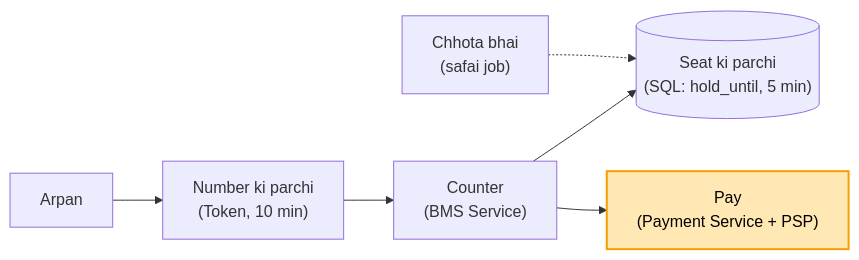
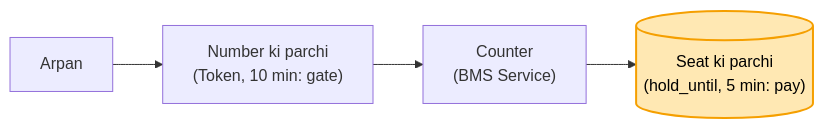
Before and after one commit to ArpanMaheshwari144/Prep: the fifth of 6 diagrams in 04_HLD/SYSTEM_DESIGNS/09_bookmyshow/09_bookmyshow.md, drawn with Mermaid. The commit also changed other lines of this file and 17 other files, not shown here.

Commit message:
HLD: 17 main files hand notes se milaye (har block alag section, kahani + asli naam, mermaid), technical naam bhi rakhe

````diff
--- a/04_HLD/SYSTEM_DESIGNS/09_bookmyshow/09_bookmyshow.md
+++ b/04_HLD/SYSTEM_DESIGNS/09_bookmyshow/09_bookmyshow.md
@@ -134,9 +122,7 @@
 ```mermaid
 flowchart LR
-    A["Arpan"] --> W["Number ki parchi<br/>(Token, 10 min)"]
+    A["Arpan"] --> W["Number ki parchi<br/>(Token, 10 min: gate)"]
     W --> S["Counter<br/>(BMS Service)"]
-    S --> D[("Seat ki parchi<br/>(SQL: hold_until, 5 min)")]
-    J["Chhota bhai<br/>(safai job)"] -.-> D
-    S --> Pay["Pay<br/>(Payment Service + PSP)"]
-    style Pay fill:#ffe8b3,stroke:#f59f00,stroke-width:2px,color:#000
+    S --> D[("Seat ki parchi<br/>(hold_until, 5 min: pay)")]
+    style D fill:#ffe8b3,stroke:#f59f00,stroke-width:2px,color:#000
 ```
````
